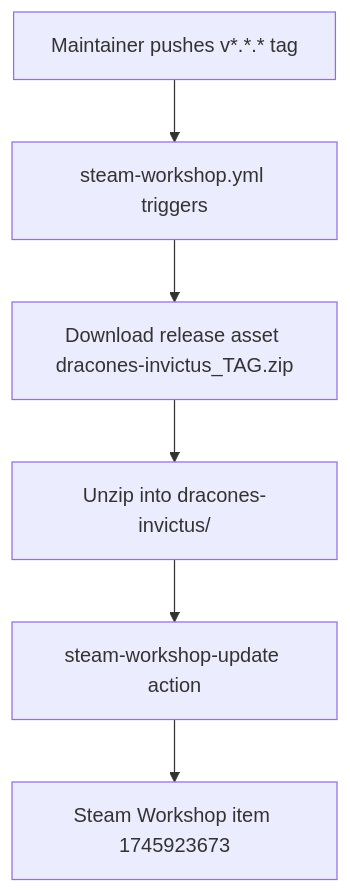
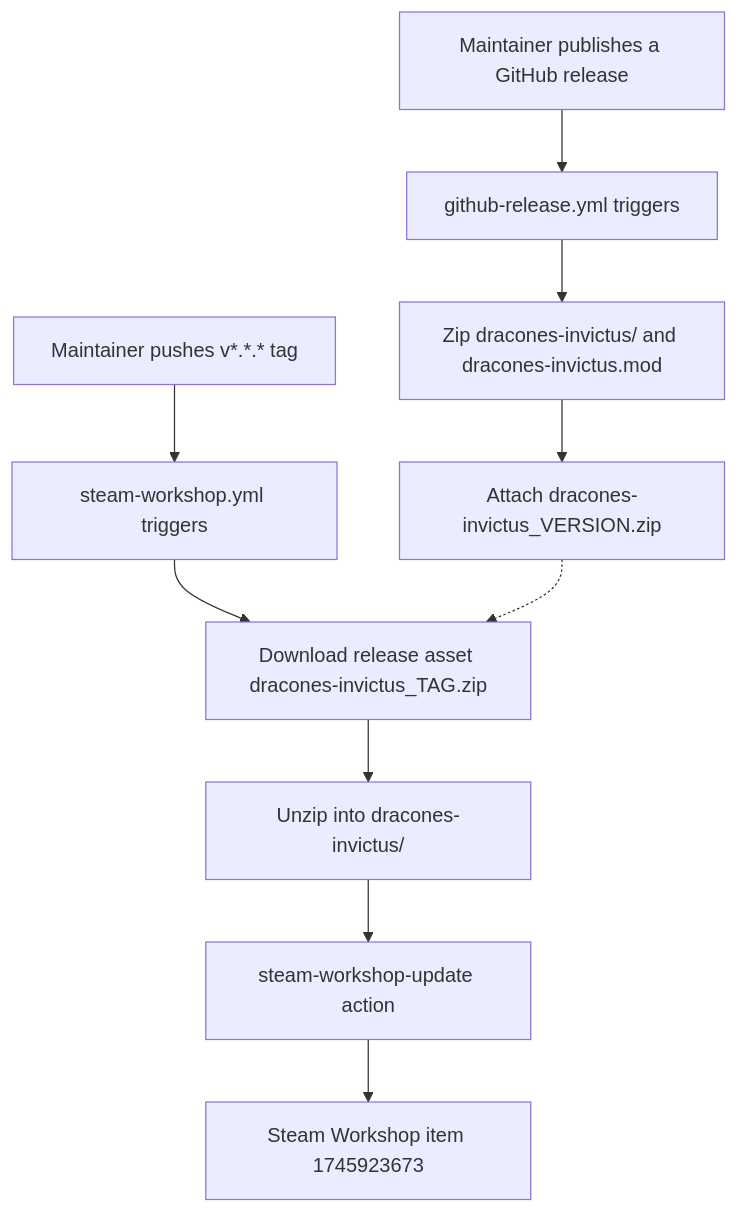
The diagram in docs/build-and-deployment.md (hmlendea/imperator-dracones-invictus), drawn with Mermaid before and after one commit. The commit also changed other lines of this file and 23 other files, not shown here.

Commit message:
ci: Created the GitHub Release workflow

````diff
--- a/docs/build-and-deployment.md
+++ b/docs/build-and-deployment.md
@@ -19,8 +19,12 @@
 ```mermaid
 flowchart TD
+    Release[Maintainer publishes a GitHub release] --> Pkg[github-release.yml triggers]
+    Pkg --> Zip[Zip dracones-invictus/ and dracones-invictus.mod]
+    Zip --> Asset[Attach dracones-invictus_VERSION.zip]
     Tag[Maintainer pushes v*.*.* tag] --> Trigger[steam-workshop.yml triggers]
     Trigger --> Download[Download release asset dracones-invictus_TAG.zip]
+    Asset -.-> Download
     Download --> Unzip[Unzip into dracones-invictus/]
     Unzip --> Upload[steam-workshop-update action]
     Upload --> Workshop[Steam Workshop item 1745923673]
 ```
````
